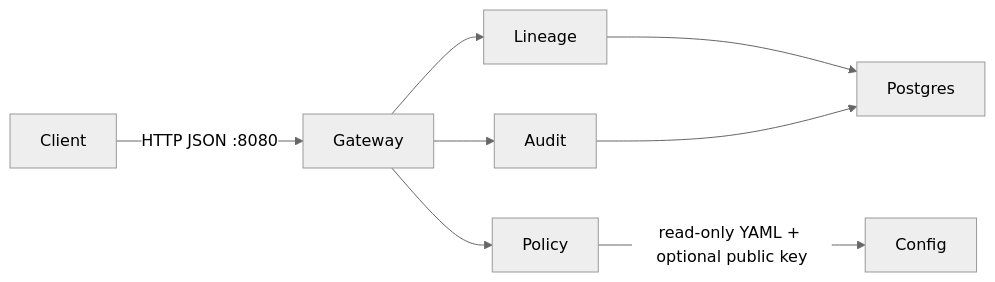
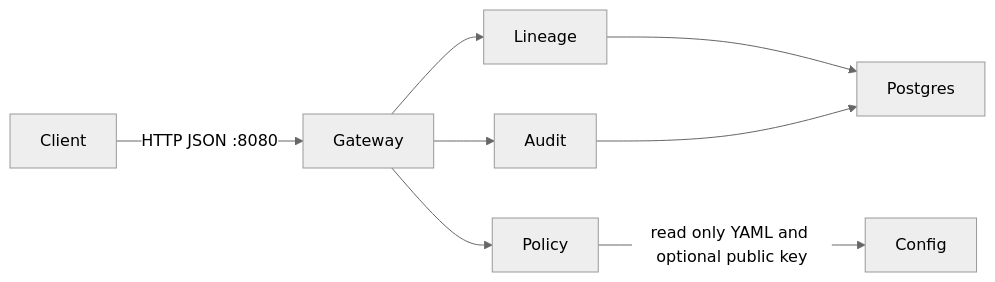
Before and after one commit to lewisbuilds/ai-governance-control-plane: the diagram in docs/ARCHITECTURE.md, drawn with Mermaid (neutral theme). The commit also changed other lines of this file and 15 other files, not shown here.

````diff
--- a/docs/ARCHITECTURE.md
+++ b/docs/ARCHITECTURE.md
@@ -7,10 +7,10 @@
 ```mermaid
 flowchart LR
     Client -->|HTTP JSON :8080| Gateway
     Gateway --> Lineage
     Gateway --> Policy
     Gateway --> Audit
     Lineage --> Postgres
     Audit --> Postgres
-    Policy -->|read-only YAML + optional public key| Config
+    Policy -->|read only YAML and optional public key| Config
 ```
````
